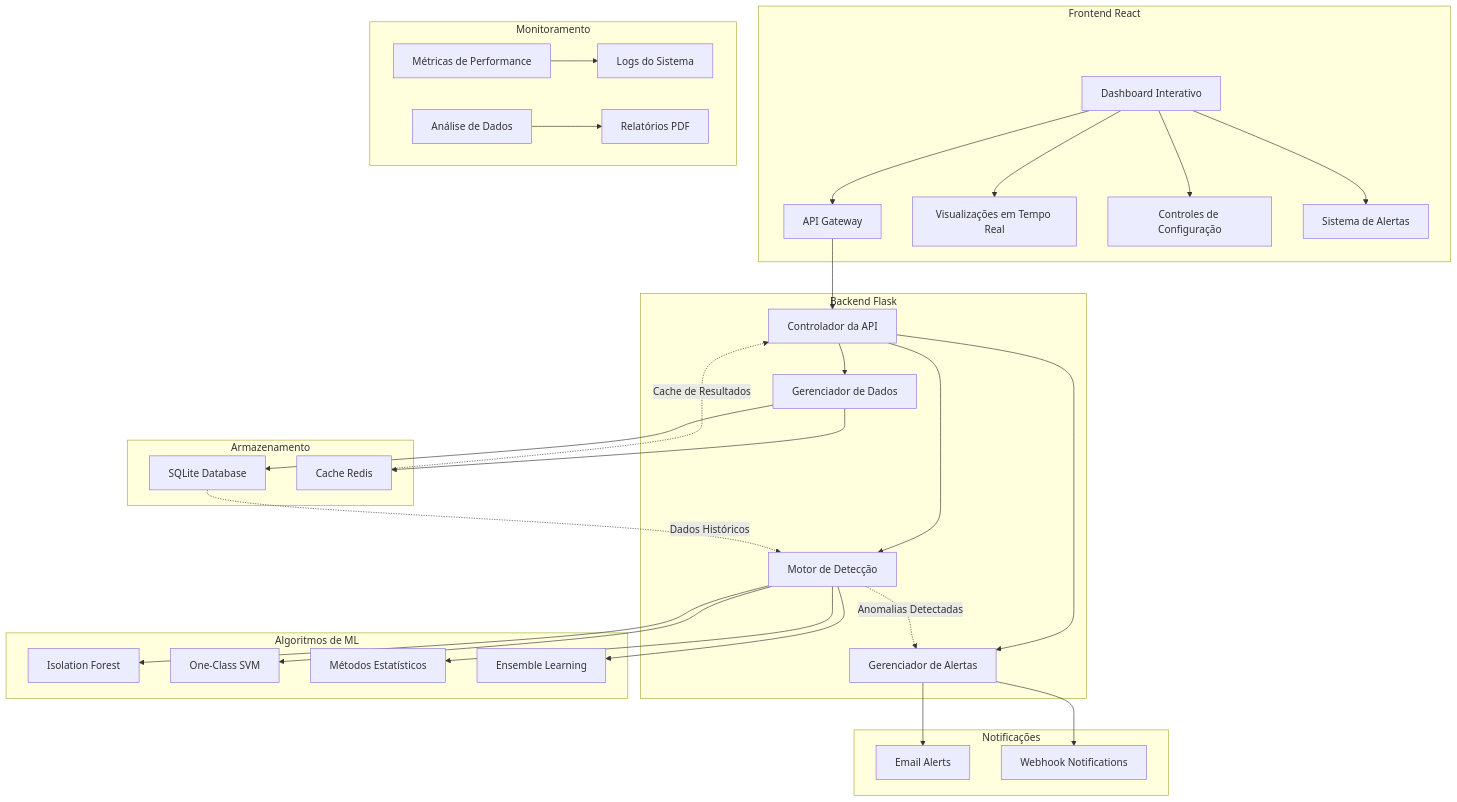
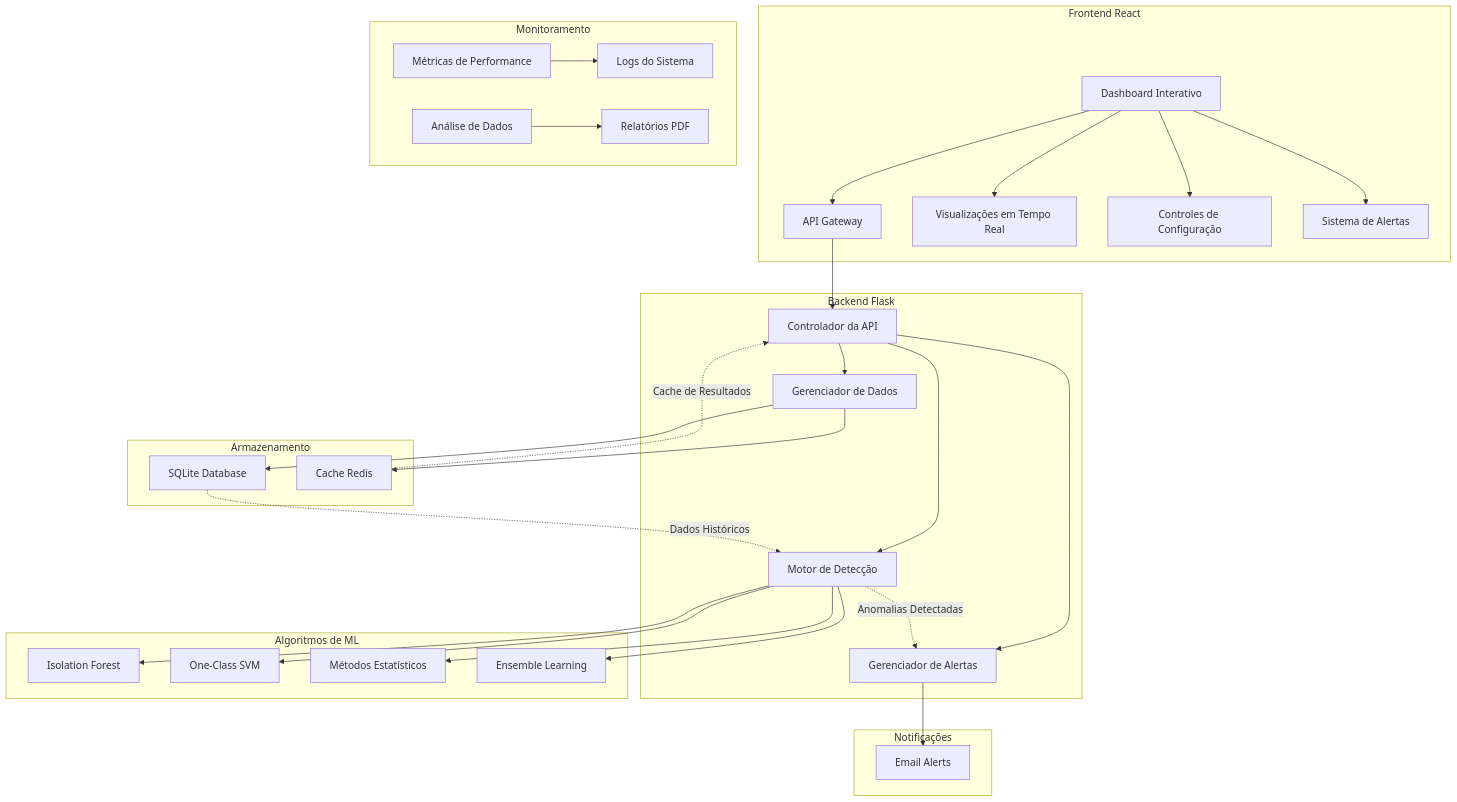
The first of 2 diagrams in README.md (galafis/Anomaly-Detection-System), drawn with Mermaid before and after one commit. The commit also changed other lines of this file and 14 other files, not shown here.

````diff
--- a/README.md
+++ b/README.md
@@ -138,42 +132,41 @@
 ```mermaid
 graph TD
     subgraph "Frontend React"
         A[Dashboard Interativo] --> B[API Gateway]
         A --> C[Visualizações em Tempo Real]
         A --> D[Controles de Configuração]
         A --> E[Sistema de Alertas]
     end
 
     subgraph "Backend Flask"
         B --> F[Controlador da API]
         F --> G[Motor de Detecção]
         F --> H[Gerenciador de Alertas]
         F --> I[Gerenciador de Dados]
     end
 
     subgraph "Algoritmos de ML"
         G --> J[Isolation Forest]
         G --> K[One-Class SVM]
         G --> L[Métodos Estatísticos]
         G --> M[Ensemble Learning]
     end
 
     subgraph "Armazenamento"
         I --> N[SQLite Database]
         I --> O[Cache Redis]
     end
 
     subgraph "Notificações"
         H --> P[Email Alerts]
-        H --> Q[Webhook Notifications]
     end
 
     subgraph "Monitoramento"
         R[Métricas de Performance] --> S[Logs do Sistema]
         T[Análise de Dados] --> U[Relatórios PDF]
     end
 
     N -.->|Dados Históricos| G
     O -.->|Cache de Resultados| F
     G -.->|Anomalias Detectadas| H
 ```
````
